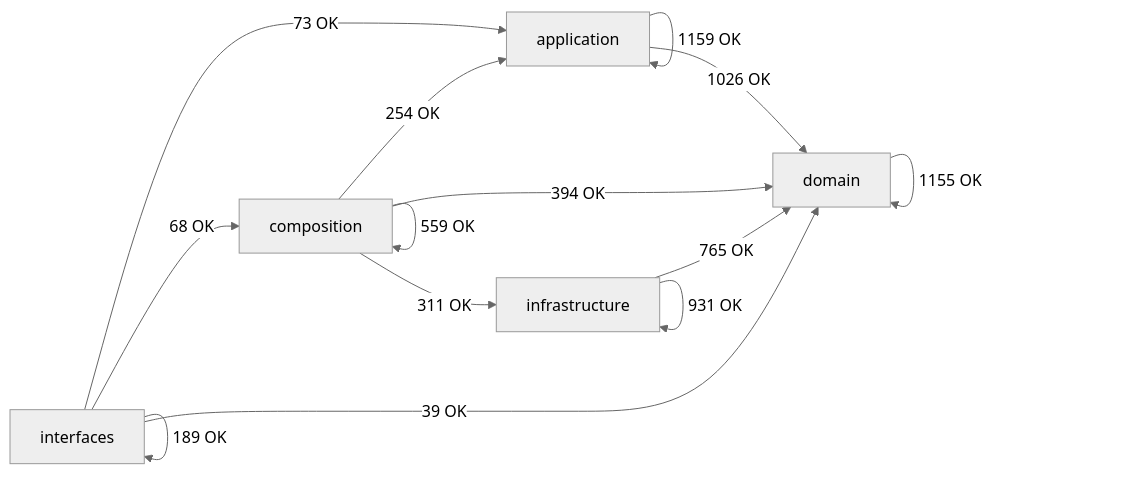
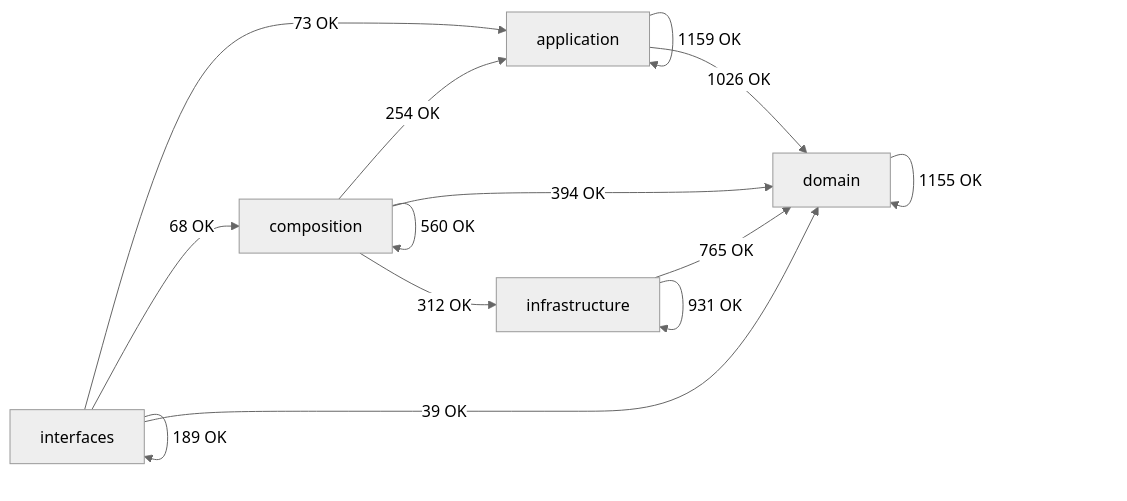
One commit to SatoryKono/BioactivityDataAcquisition changed the diagram in docs/02-architecture/generated/module-dependency-map.md. Above: the diagram before and after it, drawn with Mermaid (neutral theme). The commit also changed other lines of this file and 25 other files, not shown here.

````diff
--- a/docs/02-architecture/generated/module-dependency-map.md
+++ b/docs/02-architecture/generated/module-dependency-map.md
@@ -17,21 +17,21 @@
 ```mermaid
 flowchart LR
     domain[domain]
     application[application]
     infrastructure[infrastructure]
     composition[composition]
     interfaces[interfaces]
     application -->|1159 OK| application
     application -->|1026 OK| domain
     composition -->|254 OK| application
-    composition -->|559 OK| composition
+    composition -->|560 OK| composition
     composition -->|394 OK| domain
-    composition -->|311 OK| infrastructure
+    composition -->|312 OK| infrastructure
     domain -->|1155 OK| domain
     infrastructure -->|765 OK| domain
     infrastructure -->|931 OK| infrastructure
     interfaces -->|73 OK| application
     interfaces -->|68 OK| composition
     interfaces -->|39 OK| domain
     interfaces -->|189 OK| interfaces
 ```
````
